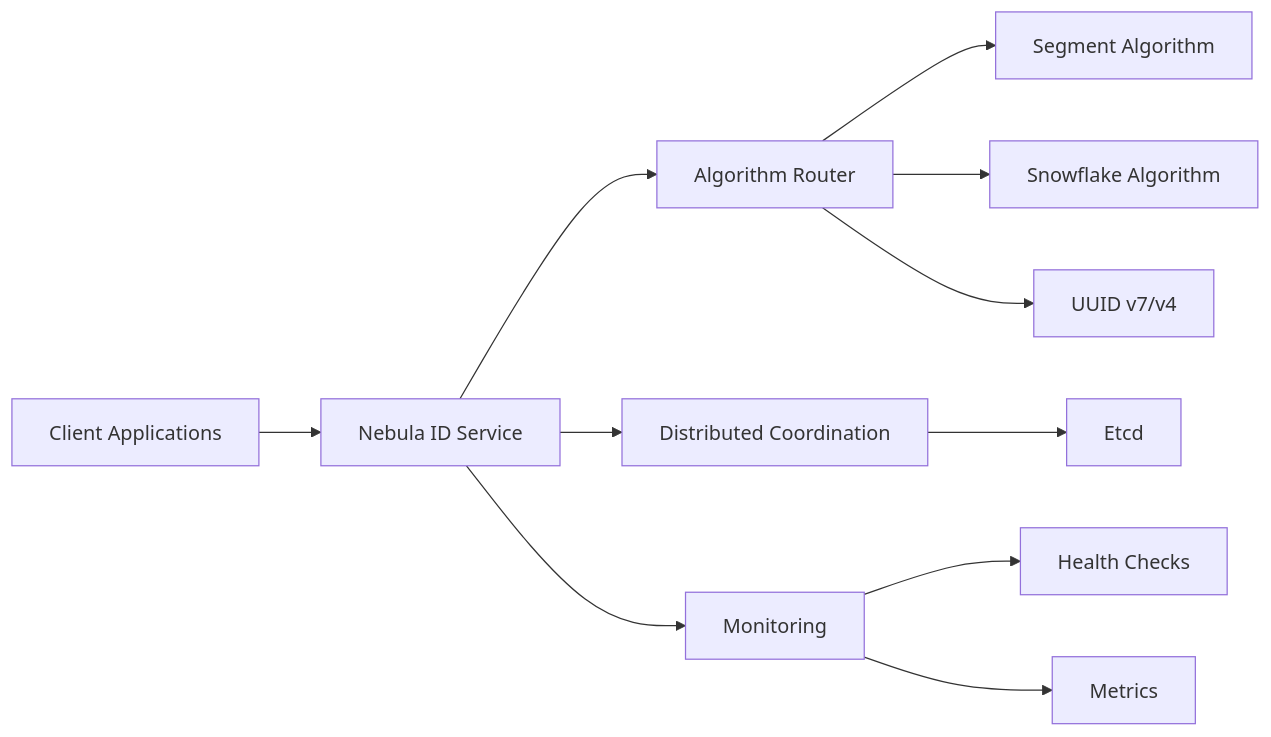
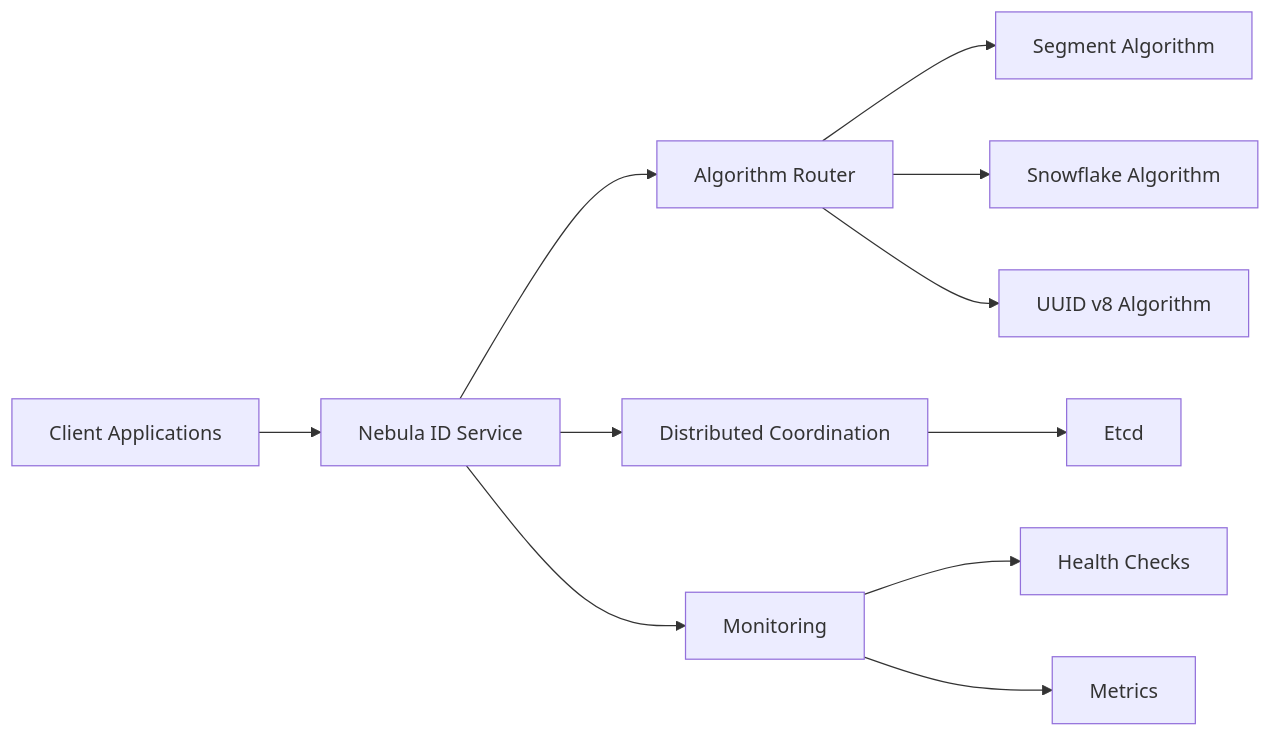
One commit to Kirky-X/NebulaId changed the first of 2 diagrams in README.md. Above: the diagram before and after it, drawn with Mermaid. The commit also changed other lines of this file and 6 other files, not shown here.

````diff
--- a/README.md
+++ b/README.md
@@ -108,13 +108,13 @@
 ```mermaid
 graph LR
     A[Client Applications] --> B[Nebula ID Service]
     B --> C[Algorithm Router]
     C --> D[Segment Algorithm]
     C --> E[Snowflake Algorithm]
-    C --> F[UUID v7/v4]
+    C --> F[UUID v8 Algorithm]
     B --> G[Distributed Coordination]
     G --> H[Etcd]
     B --> I[Monitoring]
     I --> J[Health Checks]
     I --> K[Metrics]
 ```
````
